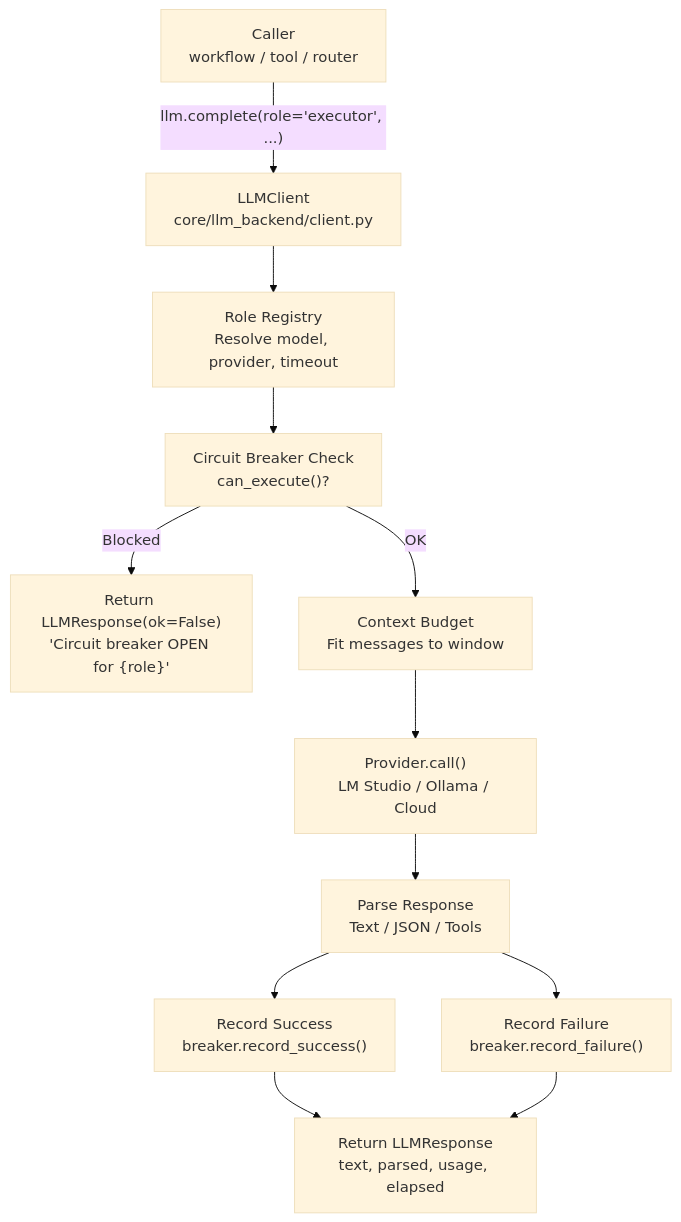
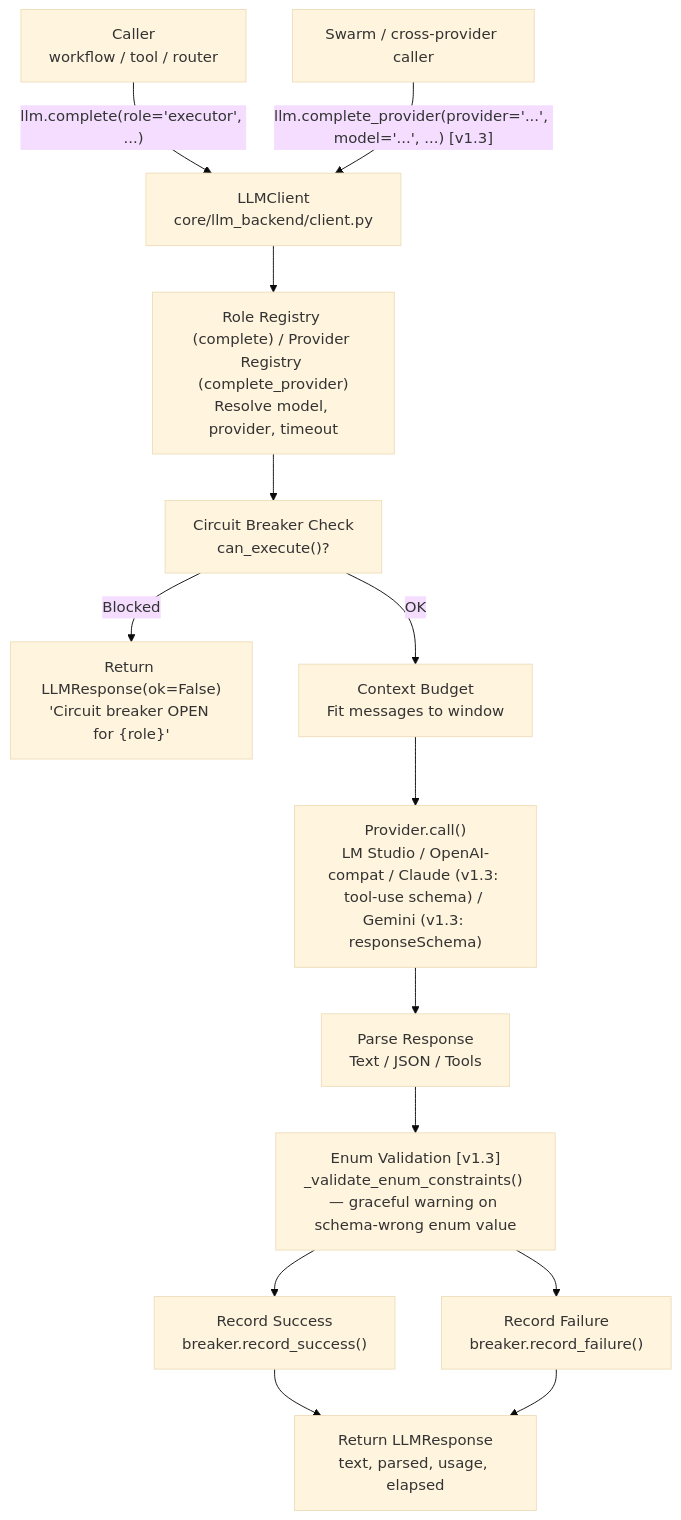
Before and after one commit to brunogcar/agent: the diagram in docs/core/llm/ARCHITECTURE.md, drawn with Mermaid (base theme). The commit also changed other lines of this file and 14 other files, not shown here.

First line of the commit message:
﻿feat(llm): v1.3 — native json_schema for Claude/Gemini, provider capability detection, complete_provider() API, post-parse enum validation

````diff
--- a/docs/core/llm/ARCHITECTURE.md
+++ b/docs/core/llm/ARCHITECTURE.md
@@ -55,14 +56,16 @@
 ```mermaid
 graph TD
     A["Caller<br/>workflow / tool / router"] -->|"llm.complete(role='executor', ...)"| B["LLMClient<br/>core/llm_backend/client.py"]
-    B --> C["Role Registry<br/>Resolve model, provider, timeout"]
+    A2["Swarm / cross-provider caller"] -->|"llm.complete_provider(provider='...', model='...', ...) [v1.3]"| B
+    B --> C["Role Registry (complete) / Provider Registry (complete_provider)<br/>Resolve model, provider, timeout"]
     C --> D["Circuit Breaker Check<br/>can_execute()?"]
     D -->|Blocked| E["Return LLMResponse(ok=False)<br/>'Circuit breaker OPEN for {role}'"]
     D -->|OK| F["Context Budget<br/>Fit messages to window"]
-    F --> G["Provider.call()<br/>LM Studio / Ollama / Cloud"]
+    F --> G["Provider.call()<br/>LM Studio / OpenAI-compat / Claude (v1.3: tool-use schema) / Gemini (v1.3: responseSchema)"]
     G --> H["Parse Response<br/>Text / JSON / Tools"]
-    H --> I["Record Success<br/>breaker.record_success()"]
-    H --> J["Record Failure<br/>breaker.record_failure()"]
+    H --> H2["Enum Validation [v1.3]<br/>_validate_enum_constraints() — graceful warning on schema-wrong enum value"]
+    H2 --> I["Record Success<br/>breaker.record_success()"]
+    H2 --> J["Record Failure<br/>breaker.record_failure()"]
     I --> K["Return LLMResponse<br/>text, parsed, usage, elapsed"]
     J --> K
 ```
````
